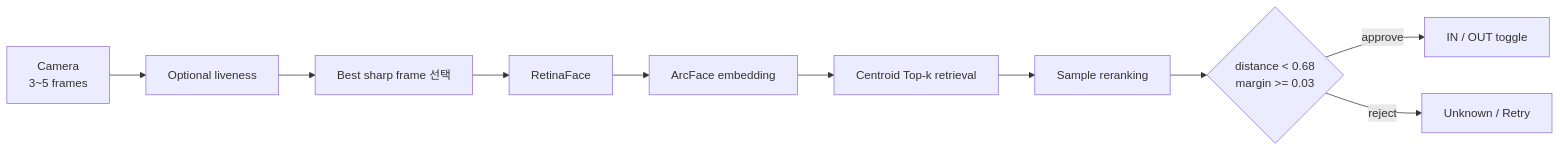
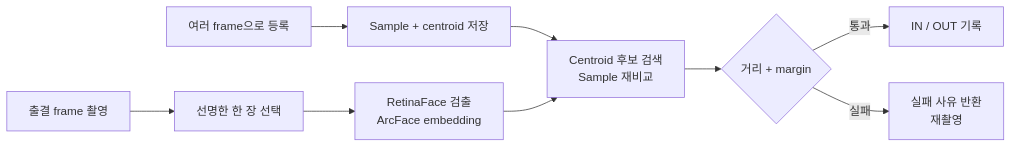
The diagram in README.md (yoon-chan-hyeok/face-attendance-system), drawn with Mermaid before and after one commit. The commit also changed other lines of this file and 5 other files, not shown here.

````diff
--- a/README.md
+++ b/README.md
@@ -116,12 +53,11 @@
 ```mermaid
 flowchart LR
-    C["Camera<br/>3~5 frames"] --> L["Optional liveness"]
-    L --> B["Best sharp frame 선택"]
-    B --> D["RetinaFace"]
-    D --> E["ArcFace embedding"]
-    E --> CT["Centroid Top-k retrieval"]
-    CT --> S["Sample reranking"]
-    S --> G{"distance < 0.68<br/>margin >= 0.03"}
-    G -->|approve| A["IN / OUT toggle"]
-    G -->|reject| R["Unknown / Retry"]
+    R["여러 frame으로 등록"] --> S["Sample + centroid 저장"]
+    C["출결 frame 촬영"] --> B["선명한 한 장 선택"]
+    B --> E["RetinaFace 검출<br/>ArcFace embedding"]
+    S --> H["Centroid 후보 검색<br/>Sample 재비교"]
+    E --> H
+    H --> G{"거리 + margin"}
+    G -->|통과| A["IN / OUT 기록"]
+    G -->|실패| L["실패 사유 반환<br/>재촬영"]
 ```
````
